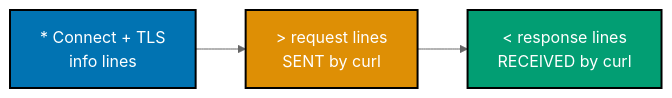
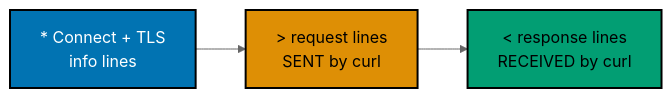
One commit to wahidyankf/ose-public changed the first of 11 diagrams in apps/ayokoding-www/content/en/learn/courses/networking-essentials/learning/beginner.md. Above: the diagram before and after it, drawn with Mermaid (neutral theme). The commit also changed other lines of this file and 145 other files, not shown here.

First line of the commit message:
fix(mermaid): bring the second half of the courses diagrams onto the accessible palette

````diff
--- a/apps/ayokoding-www/content/en/learn/courses/networking-essentials/learning/beginner.md
+++ b/apps/ayokoding-www/content/en/learn/courses/networking-essentials/learning/beginner.md
@@ -45,12 +45,15 @@
 ```mermaid
 %% Color Palette: Blue #0173B2, Orange #DE8F05, Teal #029E73
 graph LR
+    accTitle: Example 2: curl Verbose -- See the Protocol Underneath
+    accDescr: Graph with 3 nodes and 2 connections. Nodes: * Connect + TLS info lines, 62 request lines SENT by curl, 60 response lines RECEIVED by curl. Connections: * Connect + TLS info lines to 62 request lines SENT by curl, 62 request lines SENT by curl to 60 response lines RECEIVED by curl.
     A["* Connect + TLS<br/>info lines"]:::blue
     B["#62; request lines<br/>SENT by curl"]:::orange
     C["#60; response lines<br/>RECEIVED by curl"]:::teal
     A --> B --> C
 
     classDef blue fill:#0173B2,stroke:#000000,color:#FFFFFF,stroke-width:2px
-    classDef orange fill:#DE8F05,stroke:#000000,color:#FFFFFF,stroke-width:2px
-    classDef teal fill:#029E73,stroke:#000000,color:#FFFFFF,stroke-width:2px
+    classDef orange fill:#DE8F05,stroke:#000000,color:#000000,stroke-width:2px
+    classDef teal fill:#029E73,stroke:#000000,color:#000000,stroke-width:2px
+    classDef default fill:#FFFFFF,stroke:#000000,color:#000000
 ```
````
